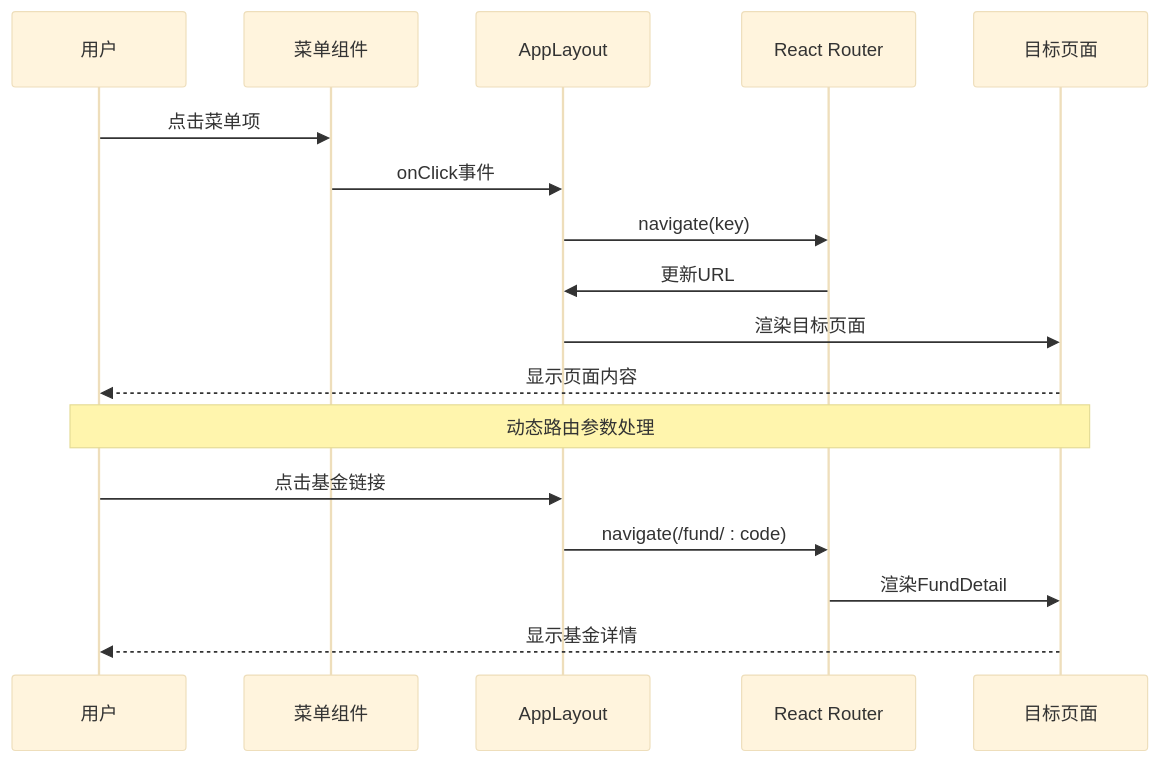
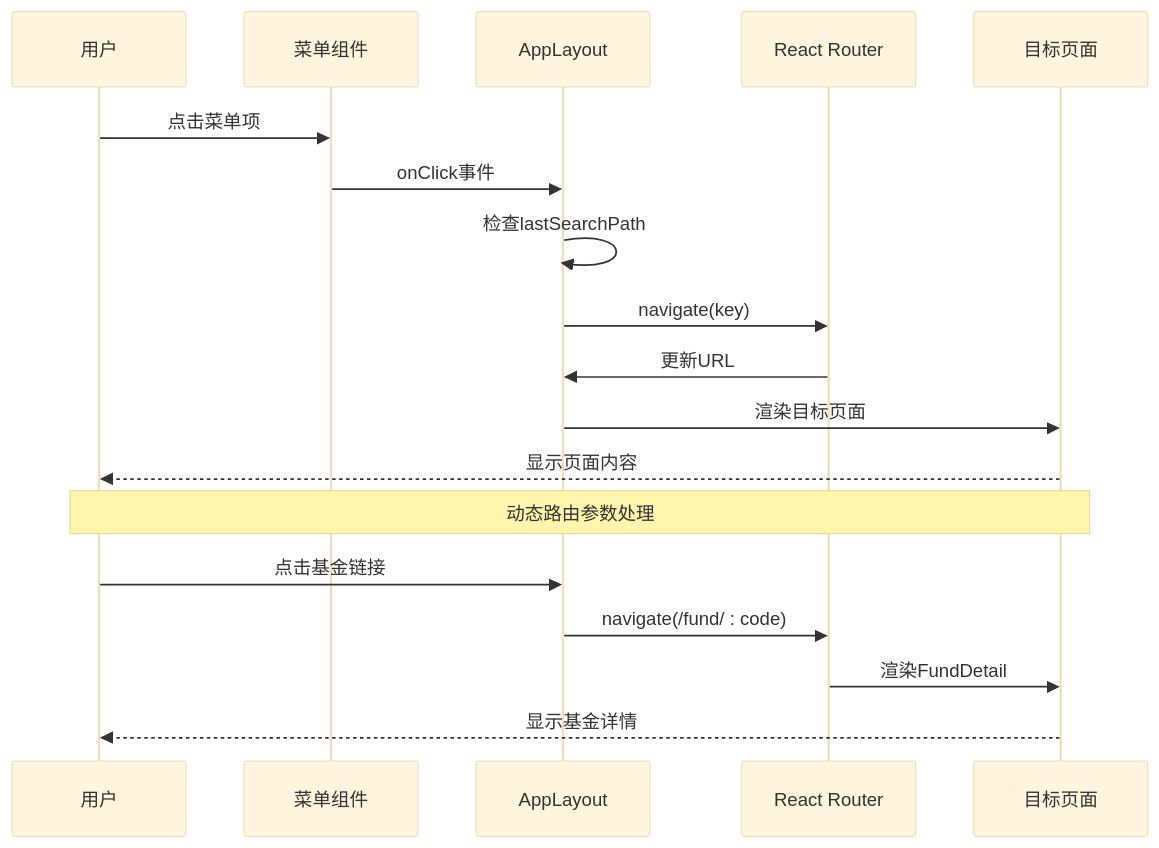
One commit to gree-coder/fund-butler changed the fourth of 15 diagrams in .qoder/repowiki/zh/content/核心功能开发/SPA路由支持.md. Above: the diagram before and after it, drawn with Mermaid (base theme). The commit also changed other lines of this file and 12 other files, not shown here.

````diff
--- a/.qoder/repowiki/zh/content/核心功能开发/SPA路由支持.md
+++ b/.qoder/repowiki/zh/content/核心功能开发/SPA路由支持.md
@@ -150,19 +176,20 @@
 ```mermaid
 sequenceDiagram
 participant U as 用户
 participant M as 菜单组件
 participant AL as AppLayout
 participant RR as React Router
 participant P as 目标页面
 U->>M : 点击菜单项
 M->>AL : onClick事件
+AL->>AL : 检查lastSearchPath
 AL->>RR : navigate(key)
 RR->>AL : 更新URL
 AL->>P : 渲染目标页面
 P-->>U : 显示页面内容
 Note over U,P : 动态路由参数处理
 U->>AL : 点击基金链接
 AL->>RR : navigate(/fund/ : code)
 RR->>P : 渲染FundDetail
 P-->>U : 显示基金详情
 ```
````
